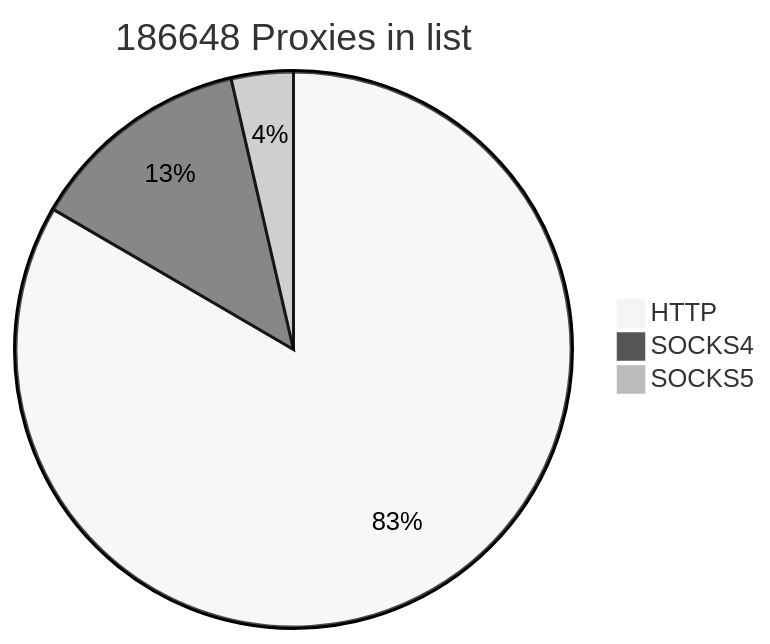
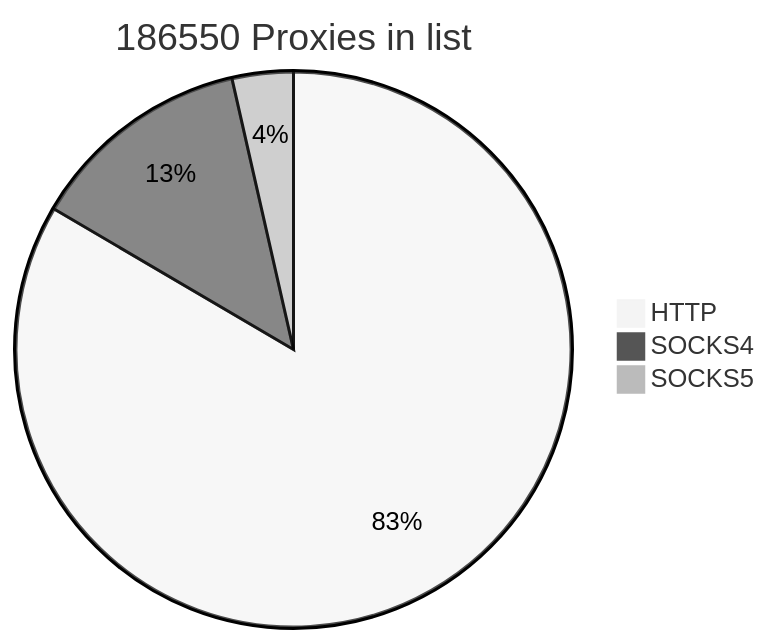
Before and after one commit to cutipu/proxylist: the first of 2 diagrams in README.md, drawn with Mermaid (neutral theme). The commit also changed other lines of this file, not shown here.

````diff
--- a/README.md
+++ b/README.md
@@ -2,7 +2,7 @@
 ```mermaid
-pie title 186648 Proxies in list
+pie title 186550 Proxies in list
     "HTTP" : 155676
     "SOCKS4" : 24242
-    "SOCKS5" : 6730
+    "SOCKS5" : 6632
             
 ```
````
